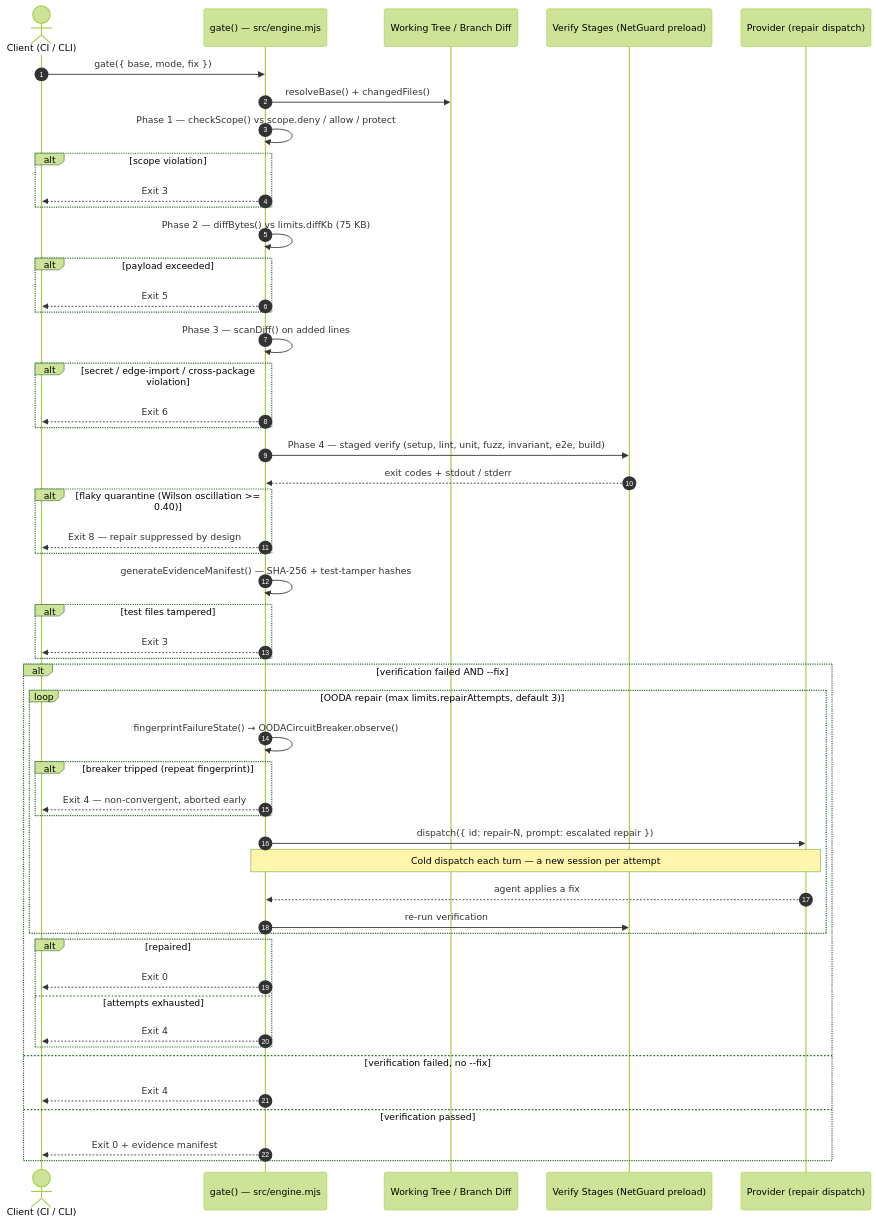
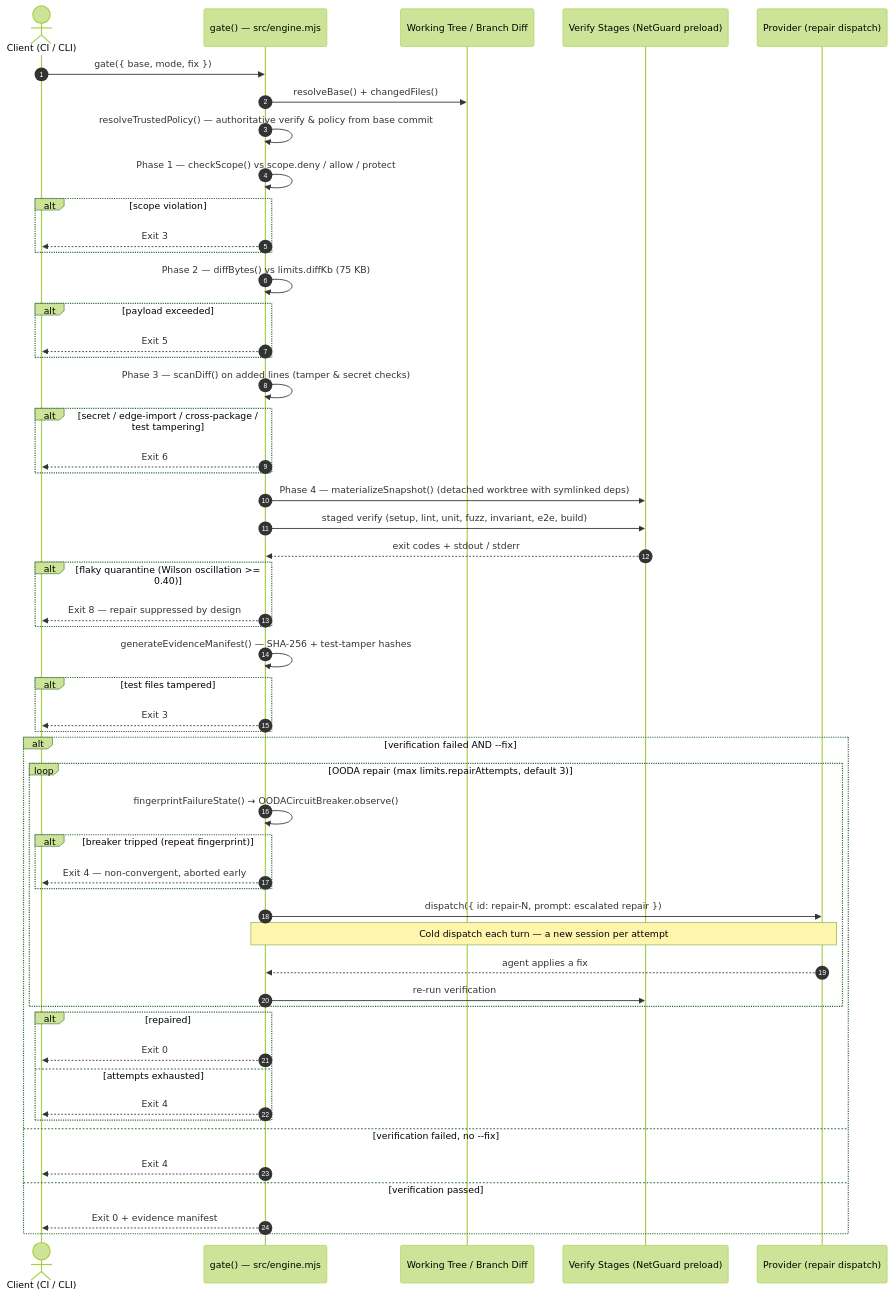
The second of 3 diagrams in docs/architecture.md (FullThrottle83/jules-orchestrator-kit), drawn with Mermaid (forest theme) before and after one commit. The commit also changed 4 other files, not shown here.

Commit message:
chore(release): prepare v0.72.0 governing files, diagrams, and roadmap

````diff
--- a/docs/architecture.md
+++ b/docs/architecture.md
@@ -93,60 +93,62 @@
 ```mermaid
 sequenceDiagram
     autonumber
     actor CI as Client (CI / CLI)
     participant Gate as gate() — src/engine.mjs
     participant Tree as Working Tree / Branch Diff
     participant Sandbox as Verify Stages (NetGuard preload)
     participant Prov as Provider (repair dispatch)
 
     CI->>Gate: gate({ base, mode, fix })
     Gate->>Tree: resolveBase() + changedFiles()
+    Gate->>Gate: resolveTrustedPolicy() — authoritative verify & policy from base commit
 
     Gate->>Gate: Phase 1 — checkScope() vs scope.deny / allow / protect
     alt scope violation
         Gate-->>CI: Exit 3
     end
 
     Gate->>Gate: Phase 2 — diffBytes() vs limits.diffKb (75 KB)
     alt payload exceeded
         Gate-->>CI: Exit 5
     end
 
-    Gate->>Gate: Phase 3 — scanDiff() on added lines
-    alt secret / edge-import / cross-package violation
+    Gate->>Gate: Phase 3 — scanDiff() on added lines (tamper & secret checks)
+    alt secret / edge-import / cross-package / test tampering
         Gate-->>CI: Exit 6
     end
 
-    Gate->>Sandbox: Phase 4 — staged verify (setup, lint, unit, fuzz, invariant, e2e, build)
+    Gate->>Sandbox: Phase 4 — materializeSnapshot() (detached worktree with symlinked deps)
+    Gate->>Sandbox: staged verify (setup, lint, unit, fuzz, invariant, e2e, build)
     Sandbox-->>Gate: exit codes + stdout / stderr
     alt flaky quarantine (Wilson oscillation >= 0.40)
         Gate-->>CI: Exit 8 — repair suppressed by design
     end
 
     Gate->>Gate: generateEvidenceManifest() — SHA-256 + test-tamper hashes
     alt test files tampered
         Gate-->>CI: Exit 3
     end
 
     alt verification failed AND --fix
         loop OODA repair (max limits.repairAttempts, default 3)
             Gate->>Gate: fingerprintFailureState() → OODACircuitBreaker.observe()
             alt breaker tripped (repeat fingerprint)
                 Gate-->>CI: Exit 4 — non-convergent, aborted early
             end
             Gate->>Prov: dispatch({ id: repair-N, prompt: escalated repair })
             note over Gate,Prov: Cold dispatch each turn — a new session per attempt
             Prov-->>Gate: agent applies a fix
             Gate->>Sandbox: re-run verification
         end
         alt repaired
             Gate-->>CI: Exit 0
         else attempts exhausted
             Gate-->>CI: Exit 4
         end
     else verification failed, no --fix
         Gate-->>CI: Exit 4
     else verification passed
         Gate-->>CI: Exit 0 + evidence manifest
     end
 ```
````
